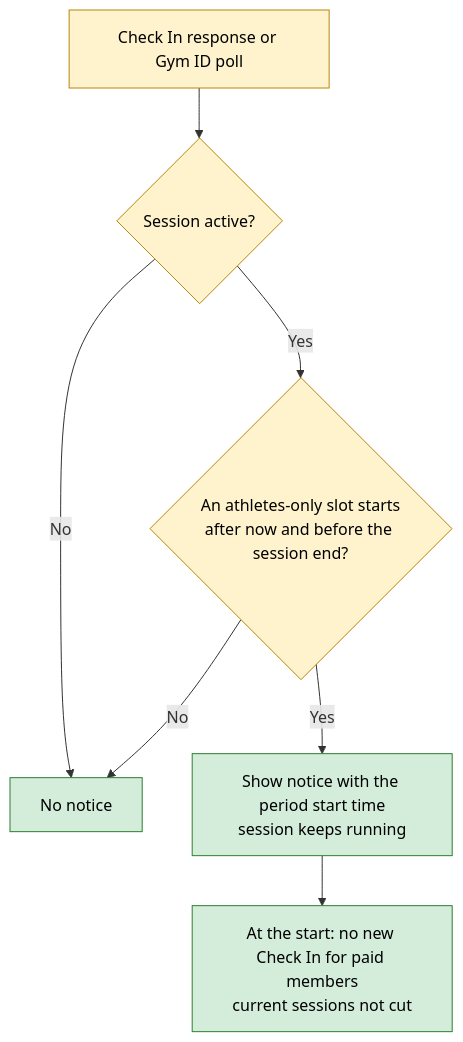
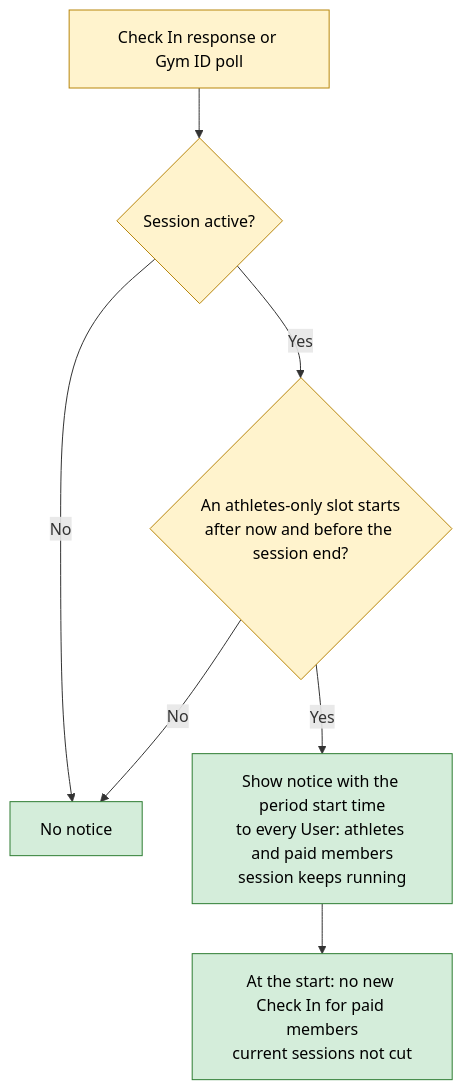
Before and after one commit to Th3-Minorities/natatorio-gym-app: the eighth of 11 diagrams in docs/design/check-in-flows.md, drawn with Mermaid. The commit also changed other lines of this file, not shown here.

Commit message:
Apply the design review decisions to the Check In flows

````diff
--- a/docs/design/check-in-flows.md
+++ b/docs/design/check-in-flows.md
@@ -252,14 +261,14 @@
 ```mermaid
 flowchart TD
   A["Check In response or Gym ID poll"] --> B{"Session active?"}
   B -- "No" --> Z["No notice"]
   B -- "Yes" --> C{"An athletes-only slot starts<br/>after now and before the session end?"}
   C -- "No" --> Z
-  C -- "Yes" --> N["Show notice with the period start time<br/>session keeps running"]
+  C -- "Yes" --> N["Show notice with the period start time<br/>to every User: athletes and paid members<br/>session keeps running"]
   N --> E["At the start: no new Check In for paid members<br/>current sessions not cut"]
 
   classDef back fill:#fff3cd,stroke:#b8860b,color:#000
   classDef ok fill:#d4edda,stroke:#2e7d32,color:#000
   class A,B,C back
   class N,E,Z ok
 ```
````
